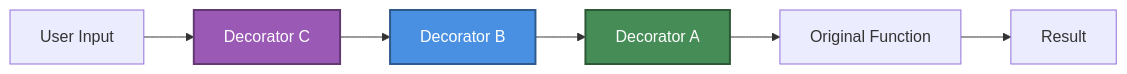
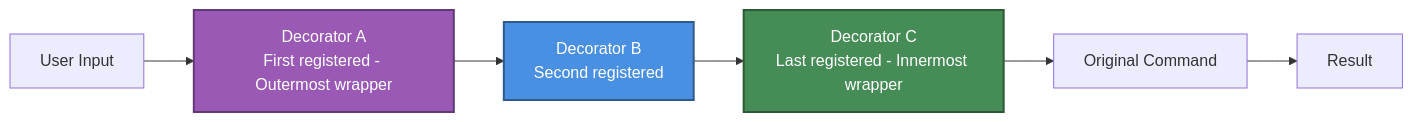
The first of 3 diagrams in packages/docs/src/guide/plugin/decorators.md (kazupon/gunshi), drawn with Mermaid before and after one commit. The commit also changed other lines of this file, not shown here.

Commit message:
docs: fix decorator docs

````diff
--- a/packages/docs/src/guide/plugin/decorators.md
+++ b/packages/docs/src/guide/plugin/decorators.md
@@ -9,12 +22,12 @@
 ```mermaid
 graph LR
-    A[User Input] --> B[Decorator C]
-    B --> C[Decorator B]
-    C --> D[Decorator A]
-    D --> E[Original Function]
+    A[User Input] --> B[Decorator A<br/>First registered - Outermost wrapper]
+    B --> C[Decorator B<br/>Second registered]
+    C --> D[Decorator C<br/>Last registered - Innermost wrapper]
+    D --> E[Original Command]
     E --> F[Result]
 
     style B fill:#9B59B6,stroke:#633974,stroke-width:2px,color:#fff
     style C fill:#4A90E2,stroke:#2E5A8E,stroke-width:2px,color:#fff
     style D fill:#468c56,stroke:#2e5936,stroke-width:2px,color:#fff
 ```
````
